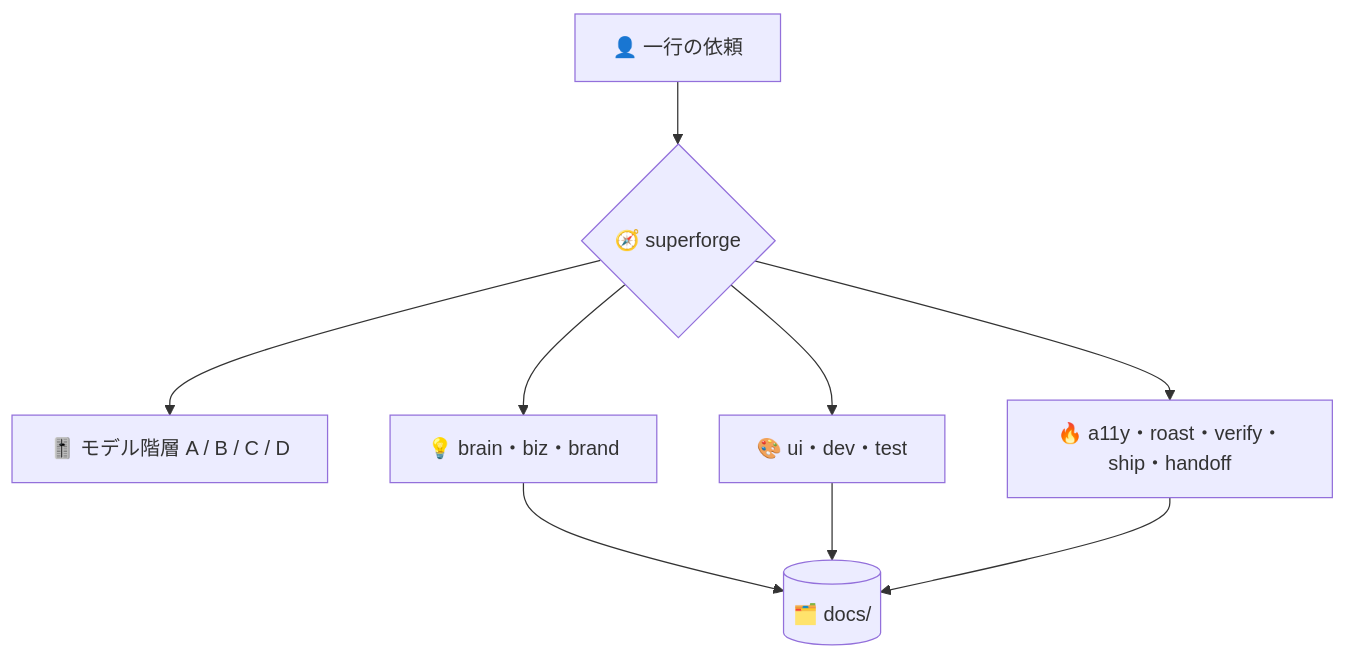
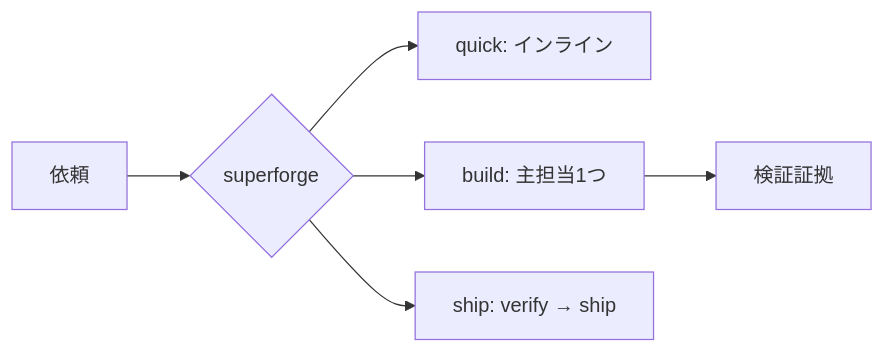
One commit to takaoumehara/superforge-skill changed the diagram in skills/superforge/README.ja.md. Above: the diagram before and after it, drawn with Mermaid. The commit also changed other lines of this file and 14 other files, not shown here.

````diff
--- a/skills/superforge/README.ja.md
+++ b/skills/superforge/README.ja.md
@@ -23,11 +19,8 @@
 ```mermaid
-flowchart TD
-    U[👤 一行の依頼] --> R{🧭 superforge}
-    R --> T[🎚️ モデル階層 A / B / C / D]
-    R --> S1[💡 brain・biz・brand]
-    R --> S2[🎨 ui・dev・test]
-    R --> S3[🔥 a11y・roast・verify・ship・handoff]
-    S1 --> D[(🗂️ docs/)]
-    S2 --> D
-    S3 --> D
+flowchart LR
+    U[依頼] --> R{superforge}
+    R --> Q[quick: インライン]
+    R --> B[build: 主担当1つ]
+    R --> S[ship: verify → ship]
+    B --> V[検証証拠]
 ```
````
